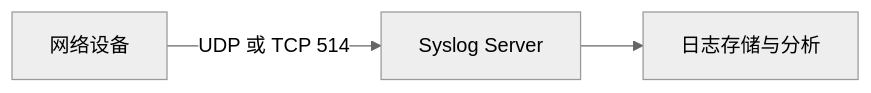
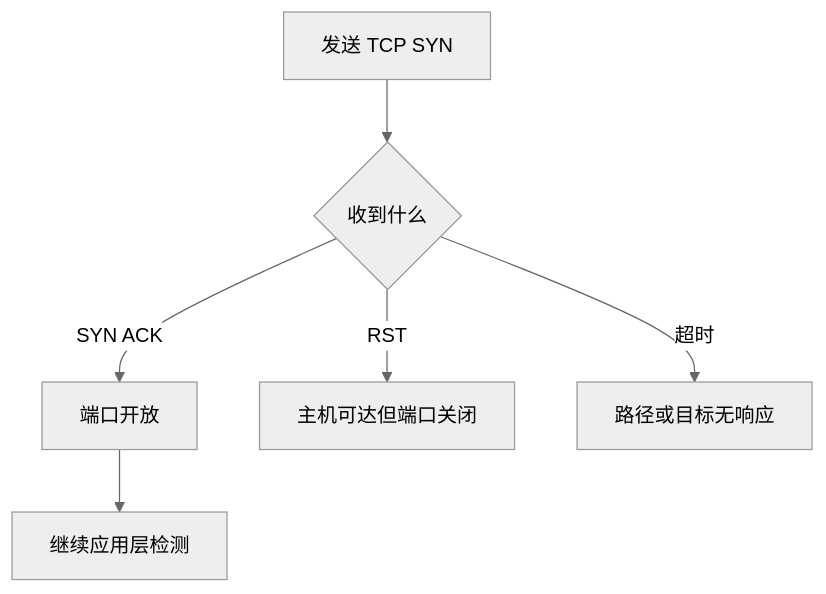
One commit to seki999/DialogueFlow_GitHub_OnLine changed the diagram in slides/网络监控四层通信方式解析/中文版/05.md. Above: the diagram before and after it, drawn with Mermaid (neutral theme). The commit also changed other lines of this file and 56 other files, not shown here.

````diff
--- a/slides/网络监控四层通信方式解析/中文版/05.md
+++ b/slides/网络监控四层通信方式解析/中文版/05.md
@@ -5,5 +5,8 @@
 ```mermaid
-flowchart LR
-    A[网络设备] -->|UDP 或 TCP 514| B[Syslog Server]
-    B --> C[日志存储与分析]
+flowchart TD
+    A[发送 TCP SYN] --> B{收到什么}
+    B -->|SYN ACK| C[端口开放]
+    B -->|RST| D[主机可达但端口关闭]
+    B -->|超时| E[路径或目标无响应]
+    C --> F[继续应用层检测]
 ```
````
